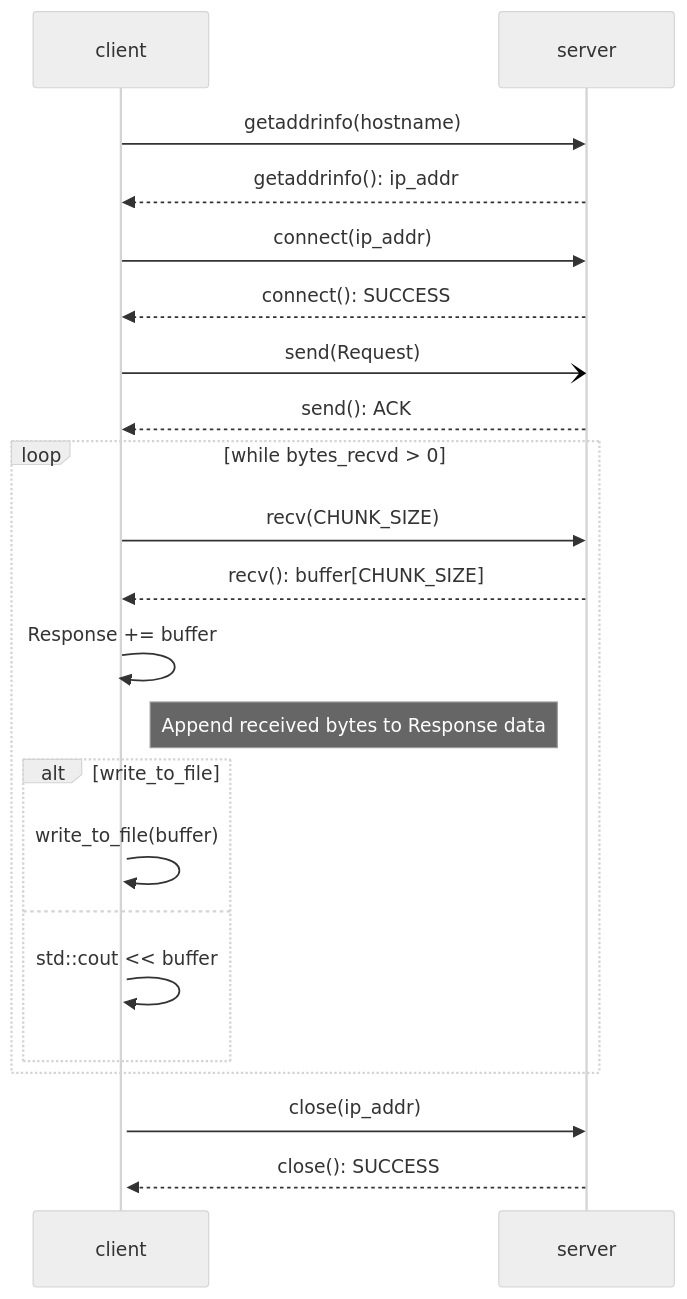
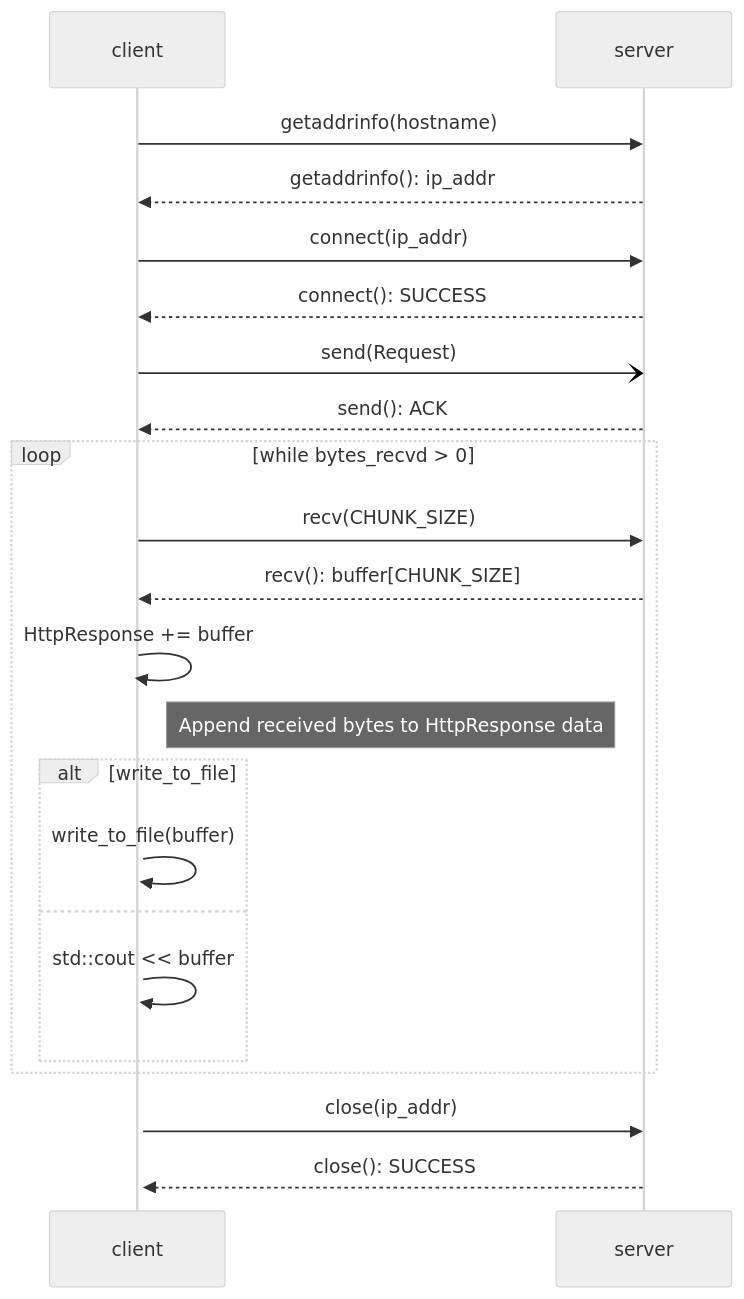
Before and after one commit to hugoppp-uni/Rechnernetze: the second of 2 diagrams in aufg2/README.md, drawn with Mermaid (neutral theme). The commit also changed other lines of this file and 6 other files, not shown here.

Commit message:
Rename response to http_response

````diff
--- a/aufg2/README.md
+++ b/aufg2/README.md
@@ -51,25 +51,25 @@
 ```mermaid
 sequenceDiagram
     participant client
     participant server
     client->>server: getaddrinfo(hostname)
     server-->>client: getaddrinfo(): ip_addr
     client->>server: connect(ip_addr)
     server-->>client: connect(): SUCCESS
     
     client-)server: send(Request)
     server-->>client: send(): ACK
     loop while bytes_recvd > 0
         client->>server: recv(CHUNK_SIZE)
         server-->>client: recv(): buffer[CHUNK_SIZE]
-        client->>+client: Response += buffer
-        Note right of client: Append received bytes to Response data
+        client->>+client: HttpResponse += buffer
+        Note right of client: Append received bytes to HttpResponse data
         alt write_to_file
             client->>client: write_to_file(buffer)
         else
             client->>client: std::cout << buffer
         end
     end
     client->>server: close(ip_addr)
     server-->>client: close(): SUCCESS
 ```
````
